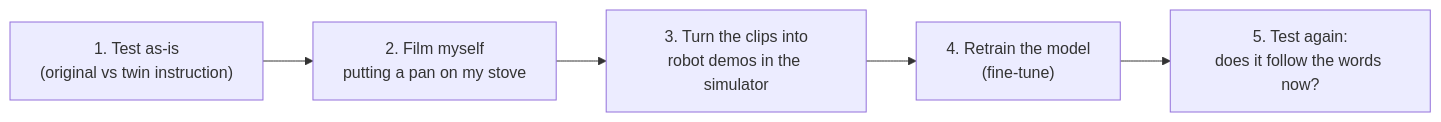
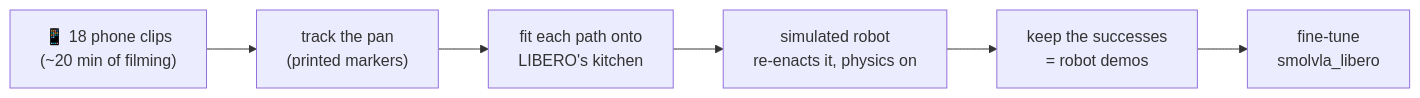
The diagram in README.md (pd05849/HumanoidAI_challenge), drawn with Mermaid before and after one commit. The commit also changed other lines of this file and 4 other files, not shown here.

First line of the commit message:
README and how-it-works: tracking results and the phone-to-robot-demo pipeline

````diff
--- a/README.md
+++ b/README.md
@@ -39,7 +59,8 @@
 ```mermaid
 flowchart LR
-    A["1. Test as-is<br/>(original vs twin instruction)"] --> B["2. Film myself<br/>putting a pan on my stove"]
-    B --> C["3. Turn the clips into<br/>robot demos in the simulator"]
-    C --> D["4. Retrain the model<br/>(fine-tune)"]
-    D --> E["5. Test again:<br/>does it follow the words now?"]
+    A["📱 18 phone clips<br/>(~20 min of filming)"] --> B["track the pan<br/>(printed markers)"]
+    B --> C["fit each path onto<br/>LIBERO's kitchen"]
+    C --> D["simulated robot<br/>re-enacts it, physics on"]
+    D --> E["keep the successes<br/>= robot demos"]
+    E --> F["fine-tune<br/>smolvla_libero"]
 ```
````
